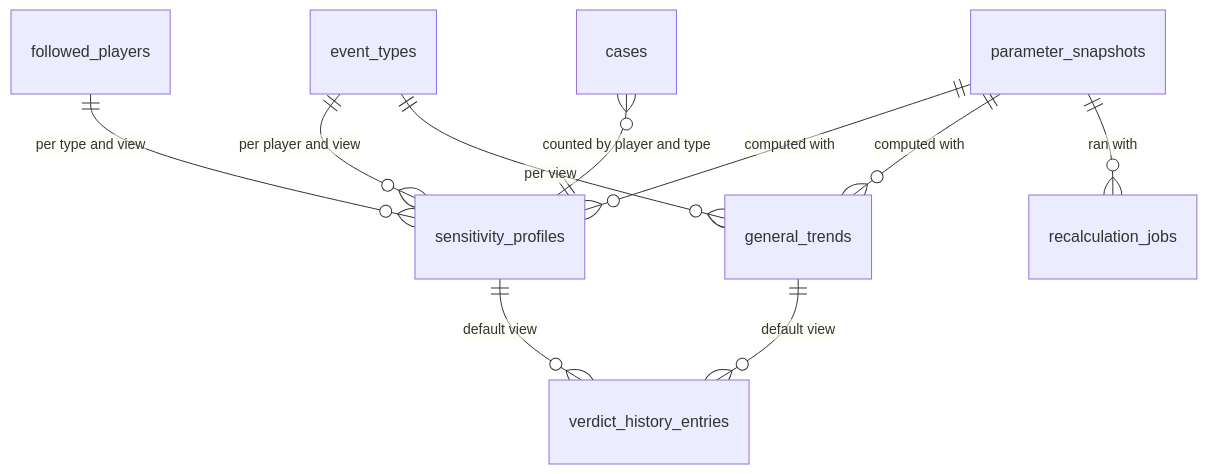
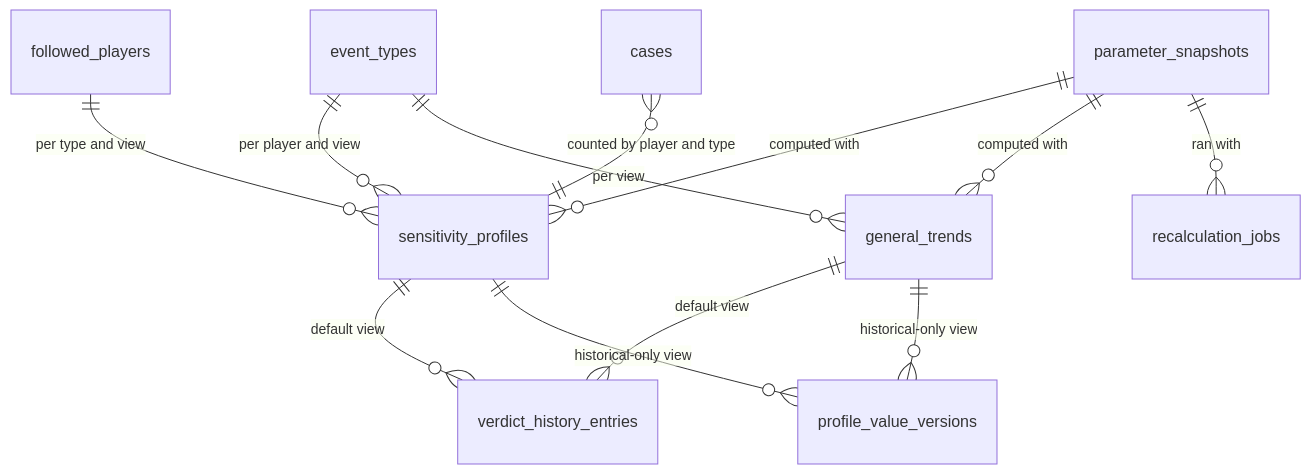
The diagram in docs/engineering/domain-model/sensitivity-and-profiles.md (youtix/egoscope), drawn with Mermaid before and after one commit. The commit also changed other lines of this file and 8 other files, not shown here.

````diff
--- a/docs/engineering/domain-model/sensitivity-and-profiles.md
+++ b/docs/engineering/domain-model/sensitivity-and-profiles.md
@@ -274,12 +323,14 @@
 ```mermaid
 erDiagram
   followed_players ||--o{ sensitivity_profiles : "per type and view"
   event_types ||--o{ sensitivity_profiles : "per player and view"
   event_types ||--o{ general_trends : "per view"
   sensitivity_profiles ||--o{ verdict_history_entries : "default view"
   general_trends ||--o{ verdict_history_entries : "default view"
+  sensitivity_profiles ||--o{ profile_value_versions : "historical-only view"
+  general_trends ||--o{ profile_value_versions : "historical-only view"
   parameter_snapshots ||--o{ sensitivity_profiles : "computed with"
   parameter_snapshots ||--o{ general_trends : "computed with"
   parameter_snapshots ||--o{ recalculation_jobs : "ran with"
   cases }o--|| sensitivity_profiles : "counted by player and type"
 ```
````
